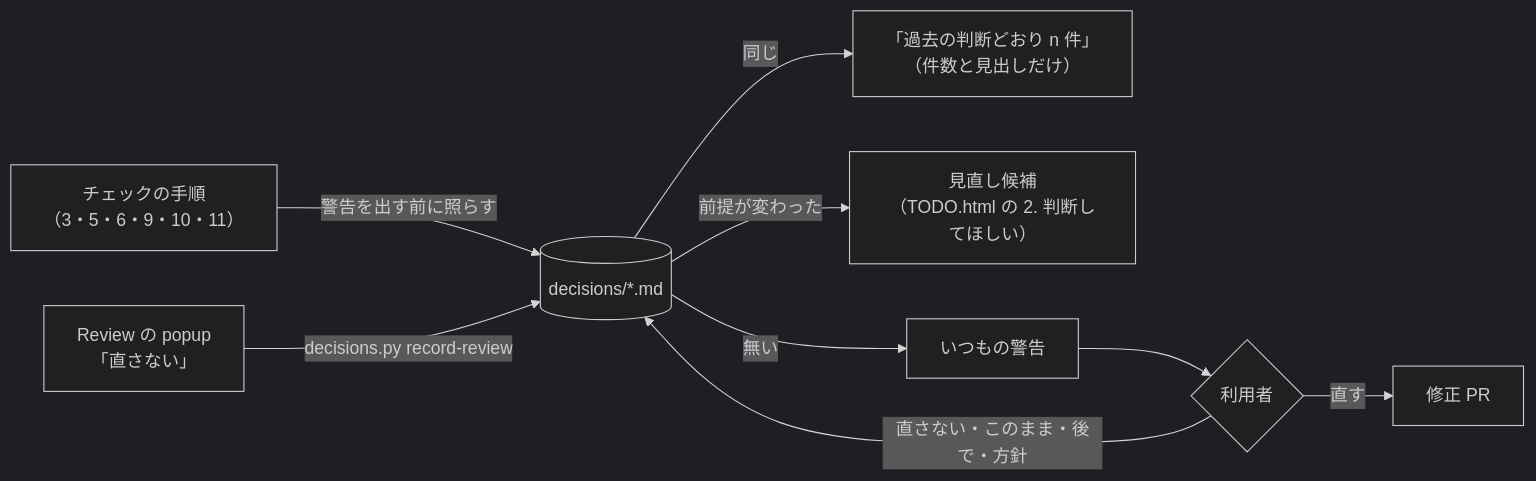
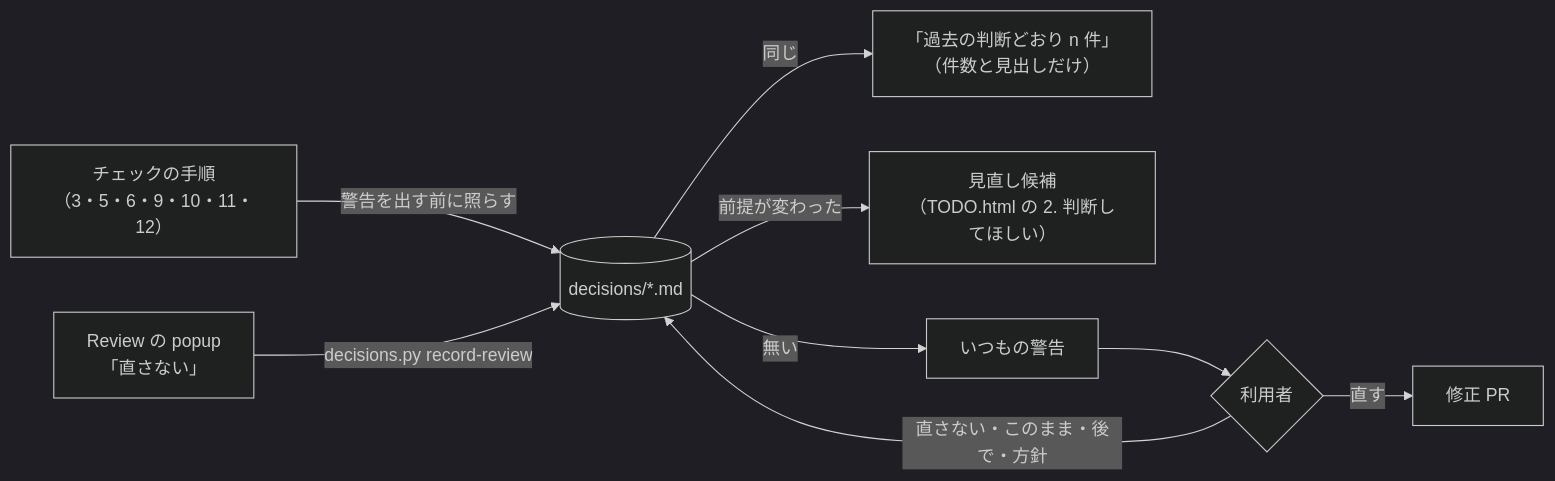
Before and after one commit to TBSten/katachi: the diagram in .claude/skills/prerelease/decisions/README.md, drawn with Mermaid (dark theme). The commit also changed other lines of this file and 6 other files, not shown here.

````diff
--- a/.claude/skills/prerelease/decisions/README.md
+++ b/.claude/skills/prerelease/decisions/README.md
@@ -6,11 +6,11 @@
 ```mermaid
 flowchart LR
-  C["チェックの手順<br/>（3・5・6・9・10・11）"] -- 警告を出す前に照らす --> D[("decisions/*.md")]
+  C["チェックの手順<br/>（3・5・6・9・10・11・12）"] -- 警告を出す前に照らす --> D[("decisions/*.md")]
   D -- 同じ --> S["「過去の判断どおり n 件」<br/>（件数と見出しだけ）"]
   D -- 前提が変わった --> R["見直し候補<br/>（TODO.html の 2. 判断してほしい）"]
   D -- 無い --> W["いつもの警告"]
   W --> U{"利用者"}
   U -- 直す --> F["修正 PR"]
   U -- 直さない・このまま・後で・方針 --> D
   P["Review の popup<br/>「直さない」"] -- "decisions.py record-review" --> D
 ```
````
